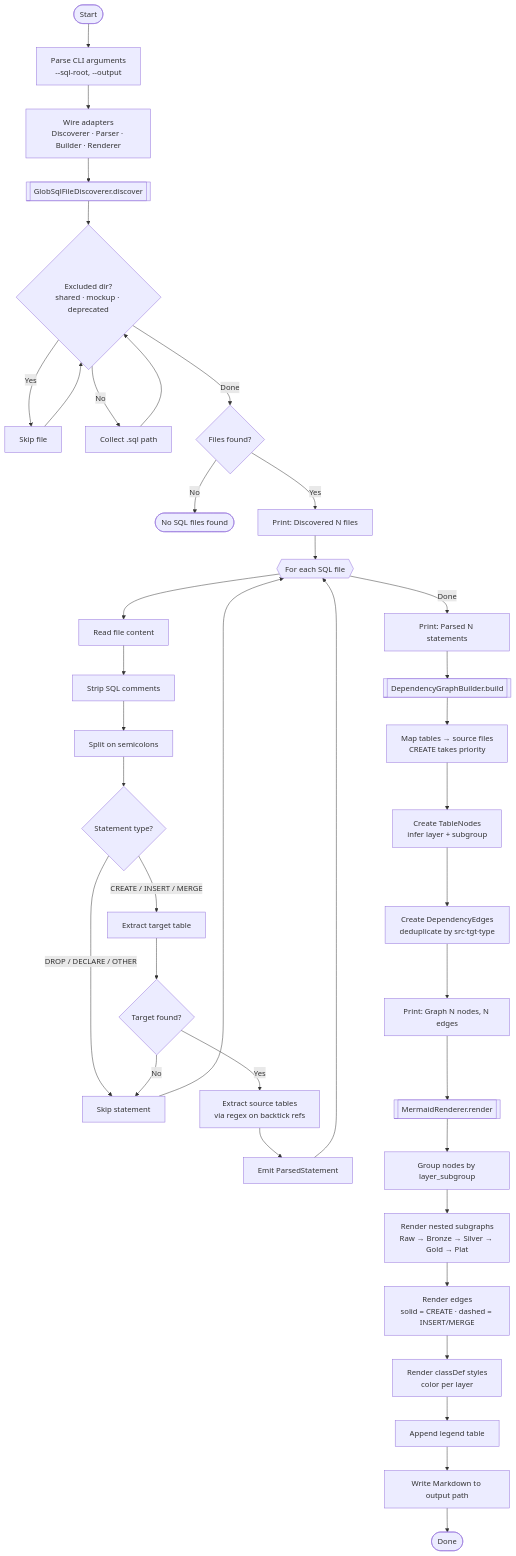
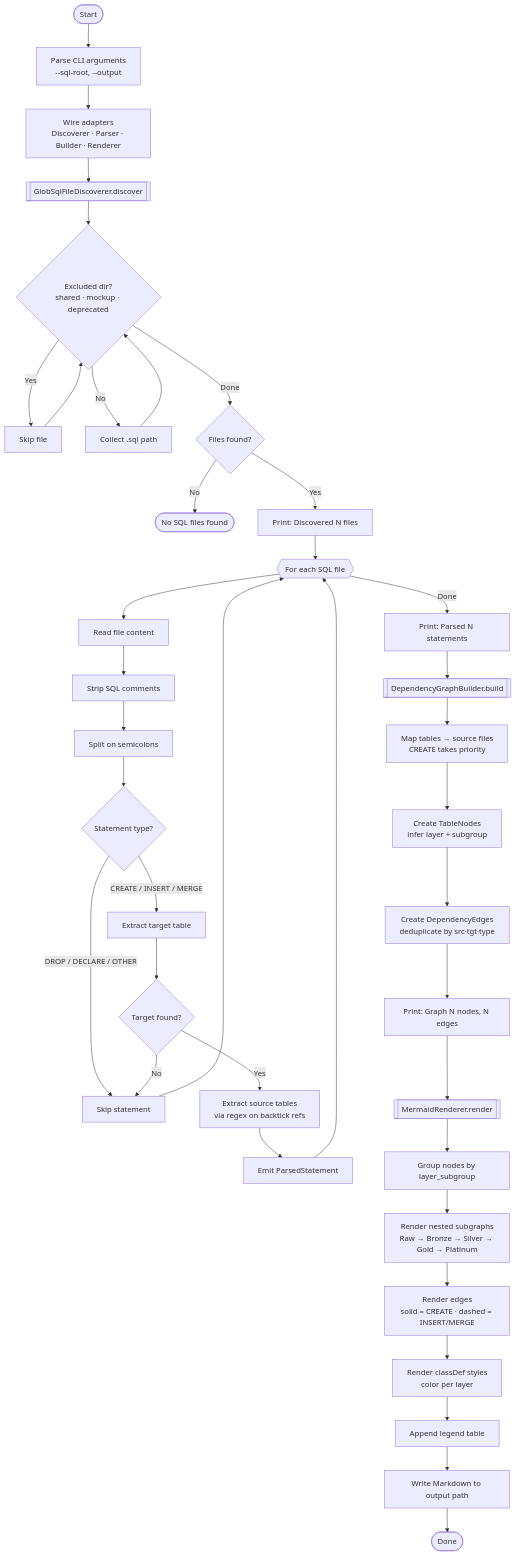
Before and after one commit to julienguitard/tools: the diagram in generate_data_diagram/ux-flow.mmd, drawn with Mermaid. The commit also changed 5 other files, not shown here.

First line of the commit message:
refactor(generate-data-diagram): sanitize domain-specific names

```diff
--- a/generate_data_diagram/ux-flow.mmd
+++ b/generate_data_diagram/ux-flow.mmd
@@ -1,52 +1,52 @@
 flowchart TD
     Start([Start]) --> ParseArgs[Parse CLI arguments<br/>--sql-root, --output]
     ParseArgs --> Wire[Wire adapters<br/>Discoverer · Parser · Builder · Renderer]
 
     Wire --> Discover[[GlobSqlFileDiscoverer.discover]]
     Discover --> ExclFilter{Excluded dir?<br/>shared · mockup · deprecated}
 
     ExclFilter -- Yes --> Skip1[Skip file]
     ExclFilter -- No --> Collect[Collect .sql path]
     Skip1 --> ExclFilter
     Collect --> ExclFilter
 
     ExclFilter -- Done --> HasFiles{Files found?}
     HasFiles -- No --> NoWork([No SQL files found])
     HasFiles -- Yes --> PrintDisc[Print: Discovered N files]
 
     PrintDisc --> ParseLoop{{For each SQL file}}
     ParseLoop --> ReadFile[Read file content]
     ReadFile --> StripComments[Strip SQL comments]
     StripComments --> SplitStmts[Split on semicolons]
     SplitStmts --> Classify{Statement type?}
 
     Classify -- DROP / DECLARE / OTHER --> SkipStmt[Skip statement]
     Classify -- CREATE / INSERT / MERGE --> ExtractTarget[Extract target table]
     ExtractTarget --> HasTarget{Target found?}
 
     HasTarget -- No --> SkipStmt
     HasTarget -- Yes --> ExtractSources[Extract source tables<br/>via regex on backtick refs]
     ExtractSources --> EmitStmt[Emit ParsedStatement]
 
     SkipStmt --> ParseLoop
     EmitStmt --> ParseLoop
 
     ParseLoop -- Done --> PrintParsed[Print: Parsed N statements]
 
     PrintParsed --> BuildGraph[[DependencyGraphBuilder.build]]
     BuildGraph --> MapTargets[Map tables → source files<br/>CREATE takes priority]
     MapTargets --> BuildNodes[Create TableNodes<br/>infer layer + subgroup]
     BuildNodes --> BuildEdges[Create DependencyEdges<br/>deduplicate by src·tgt·type]
     BuildEdges --> PrintGraph[Print: Graph N nodes, N edges]
 
     PrintGraph --> Render[[MermaidRenderer.render]]
     Render --> GroupNodes[Group nodes by layer_subgroup]
-    GroupNodes --> RenderSub[Render nested subgraphs<br/>Raw → Bronze → Silver → Gold → Plat]
+    GroupNodes --> RenderSub[Render nested subgraphs<br/>Raw → Bronze → Silver → Gold → Platinum]
     RenderSub --> RenderEdges[Render edges<br/>solid = CREATE · dashed = INSERT/MERGE]
     RenderEdges --> RenderStyles[Render classDef styles<br/>color per layer]
     RenderStyles --> RenderLegend[Append legend table]
 
     RenderLegend --> WriteFile[Write Markdown to output path]
     WriteFile --> Done([Done])
 
     classDef error fill:#ffebee,stroke:#c62828
```
